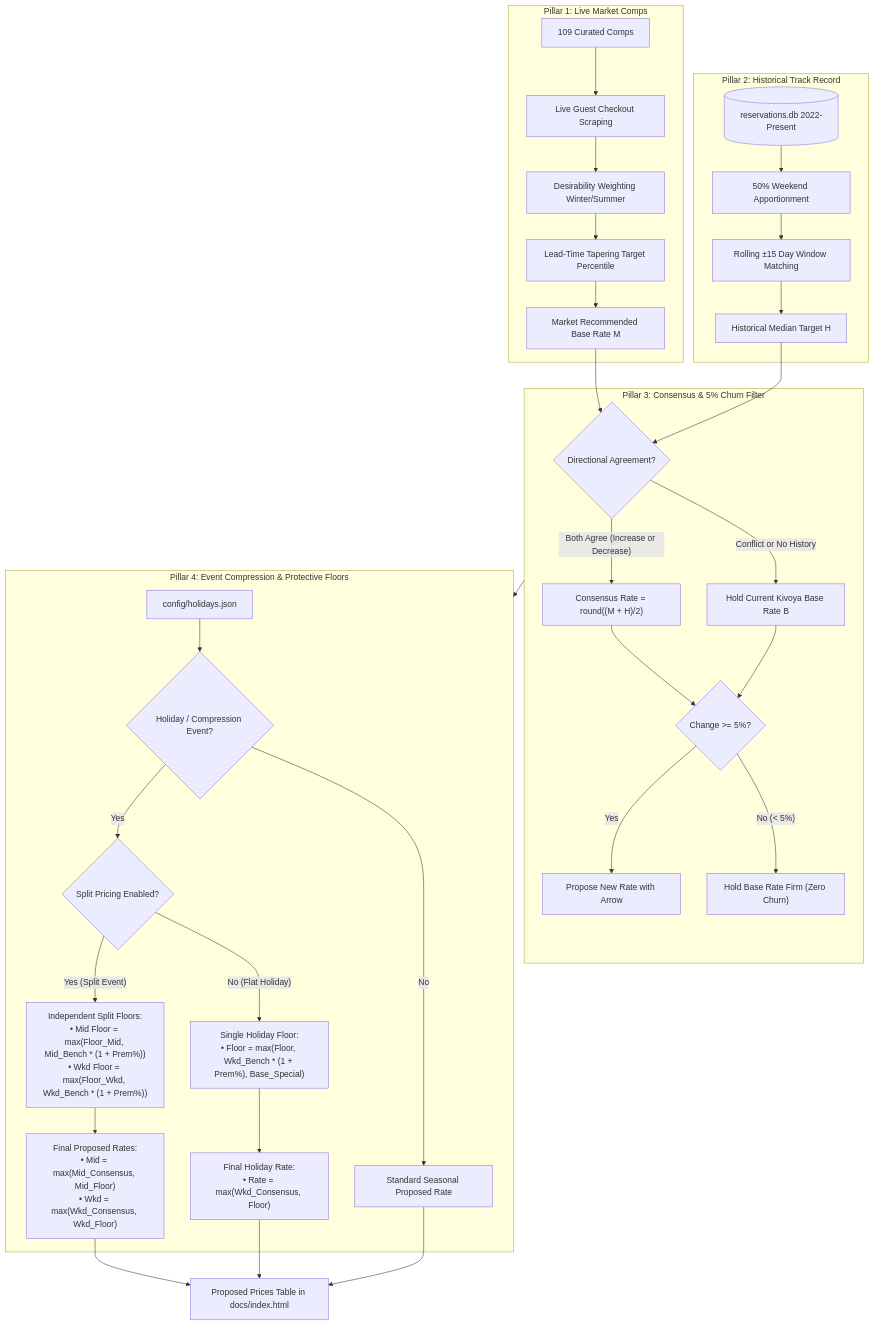
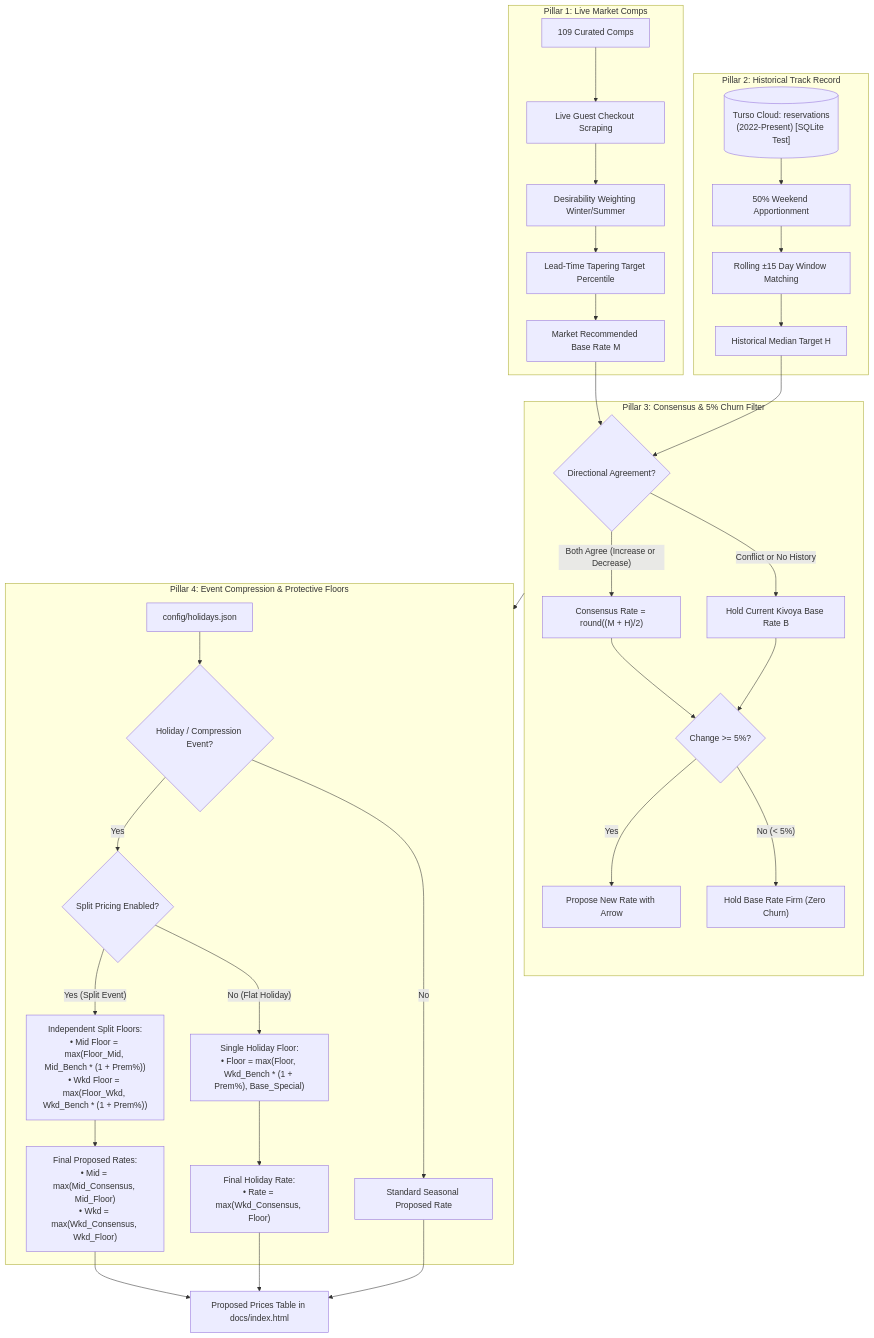
The diagram in docs/PRICING_ENGINE_GUIDE.md (ivanpenkov/str-price-advisor), drawn with Mermaid before and after one commit. The commit also changed other lines of this file and 27 other files, not shown here.

Commit message:
Migrate storage to Turso Cloud (LibSQL) and implement Operational Role Separation

````diff
--- a/docs/PRICING_ENGINE_GUIDE.md
+++ b/docs/PRICING_ENGINE_GUIDE.md
@@ -26,39 +26,39 @@
 ```mermaid
 flowchart TD
     subgraph MarketPillar ["Pillar 1: Live Market Comps"]
         A["109 Curated Comps"] --> B["Live Guest Checkout Scraping"]
         B --> C["Desirability Weighting Winter/Summer"]
         C --> D["Lead-Time Tapering Target Percentile"]
         D --> E["Market Recommended Base Rate M"]
     end
 
     subgraph HistoryPillar ["Pillar 2: Historical Track Record"]
-        F[("reservations.db 2022-Present")] --> G["50% Weekend Apportionment"]
+        F[("Turso Cloud: reservations<br/>(2022-Present) [SQLite Test]")] --> G["50% Weekend Apportionment"]
         G --> H["Rolling ±15 Day Window Matching"]
         H --> I["Historical Median Target H"]
     end
 
     subgraph ConsensusEngine ["Pillar 3: Consensus & 5% Churn Filter"]
         E & I --> J{"Directional Agreement?"}
         J -- "Both Agree (Increase or Decrease)" --> K["Consensus Rate = round((M + H)/2)"]
         J -- "Conflict or No History" --> L["Hold Current Kivoya Base Rate B"]
         K & L --> M1{"Change >= 5%?"}
         M1 -- "Yes" --> N["Propose New Rate with Arrow"]
         M1 -- "No (< 5%)" --> O["Hold Base Rate Firm (Zero Churn)"]
     end
 
     subgraph HolidaySafetyNet ["Pillar 4: Event Compression & Protective Floors"]
         P["config/holidays.json"] --> Q{"Holiday / Compression Event?"}
         Q -- "No" --> T["Standard Seasonal Proposed Rate"]
         Q -- "Yes" --> Q1{"Split Pricing Enabled?"}
         
         Q1 -- "Yes (Split Event)" --> R_Split["Independent Split Floors:<br/>• Mid Floor = max(Floor_Mid, Mid_Bench * (1 + Prem%))<br/>• Wkd Floor = max(Floor_Wkd, Wkd_Bench * (1 + Prem%))"]
         R_Split --> S_Split["Final Proposed Rates:<br/>• Mid = max(Mid_Consensus, Mid_Floor)<br/>• Wkd = max(Wkd_Consensus, Wkd_Floor)"]
         
         Q1 -- "No (Flat Holiday)" --> R_Flat["Single Holiday Floor:<br/>• Floor = max(Floor, Wkd_Bench * (1 + Prem%), Base_Special)"]
         R_Flat --> S_Flat["Final Holiday Rate:<br/>• Rate = max(Wkd_Consensus, Floor)"]
     end
 
     ConsensusEngine --> HolidaySafetyNet
     S_Split & S_Flat & T --> U["Proposed Prices Table in docs/index.html"]
 ```
````
